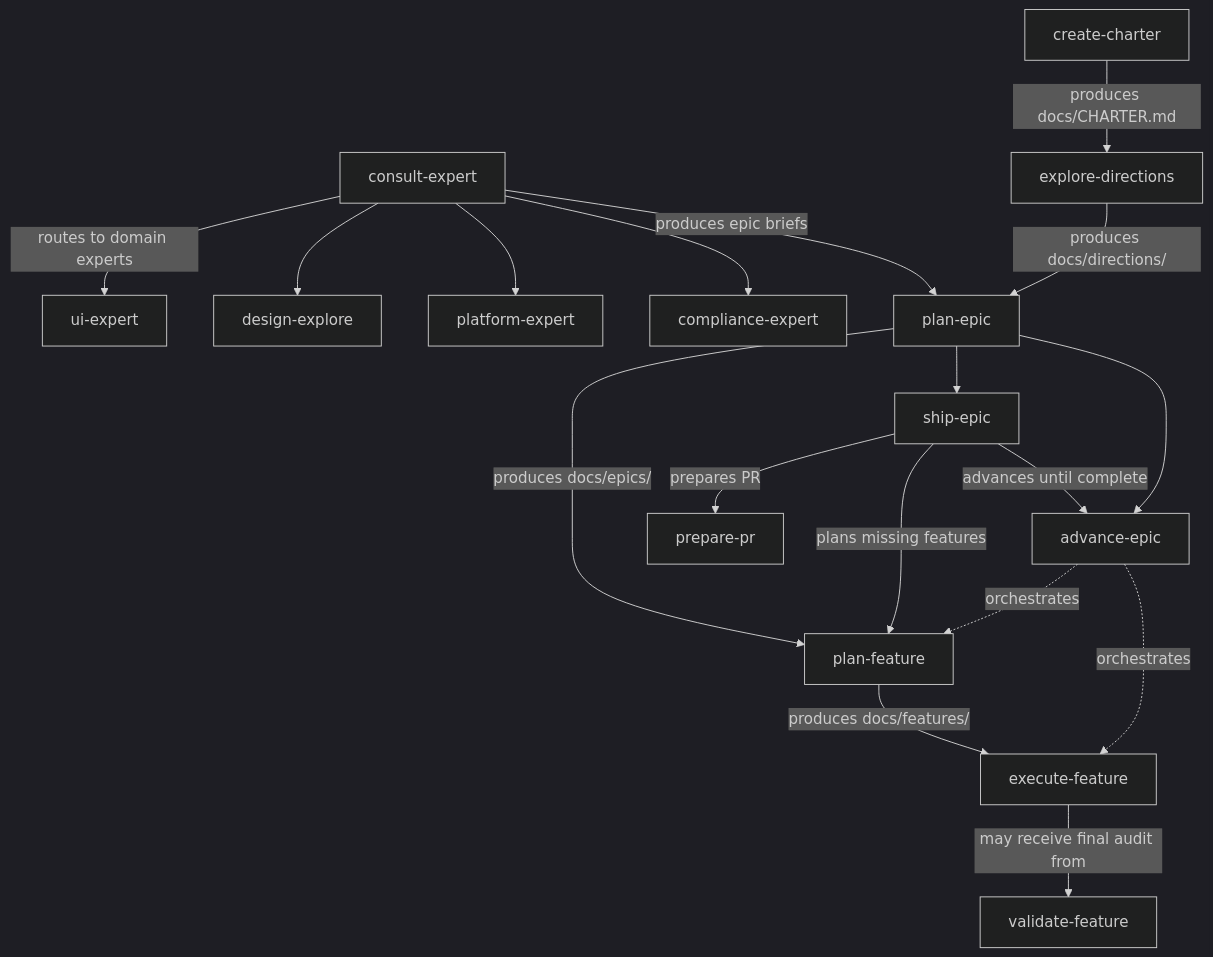
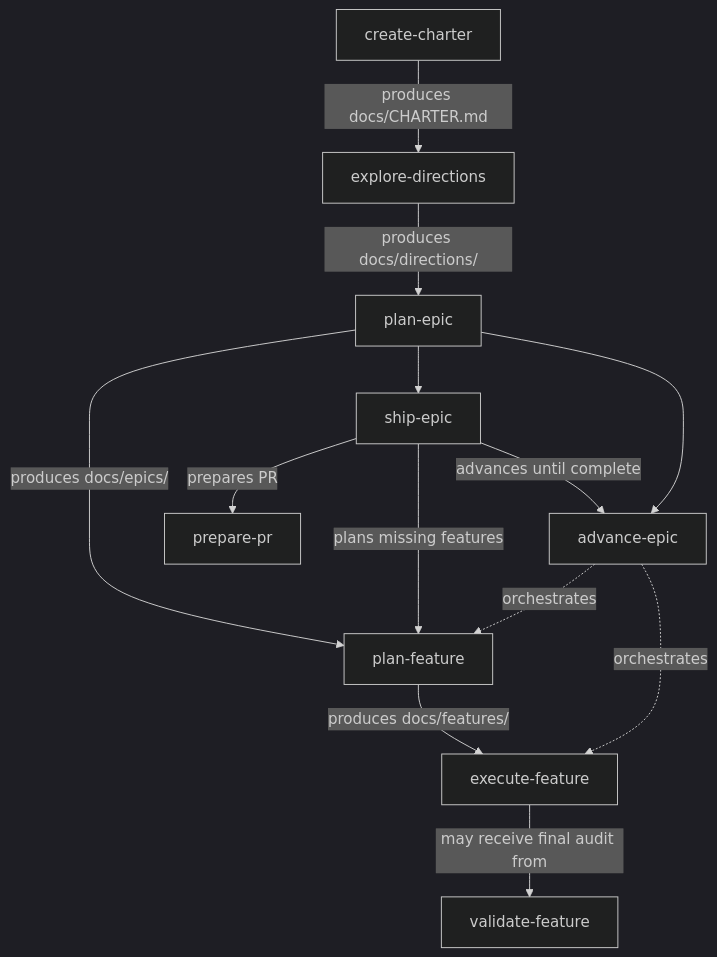
The second of 6 diagrams in README.md (pnewsam/skills), drawn with Mermaid (dark theme) before and after one commit. The commit also changed other lines of this file and 22 other files, not shown here.

````diff
--- a/README.md
+++ b/README.md
@@ -116,20 +116,15 @@
 ```mermaid
 flowchart TD
-    CE[consult-expert] -->|routes to domain experts| UE[ui-expert]
-    CE --> DE[design-explore]
-    CE --> PL[platform-expert]
-    CE --> CX[compliance-expert]
-    CE -->|produces epic briefs| PE
     CC[create-charter] -->|produces docs/CHARTER.md| ED[explore-directions]
     ED -->|produces docs/directions/| PE[plan-epic]
     PE -->|produces docs/epics/| PF[plan-feature]
     PE --> SP[ship-epic]
     SP -->|plans missing features| PF
     SP -->|advances until complete| AE
     SP -->|prepares PR| PPR[prepare-pr]
     PF -->|produces docs/features/| EF[execute-feature]
     EF -->|may receive final audit from| VF[validate-feature]
     PE --> AE[advance-epic]
     AE -.->|orchestrates| PF
     AE -.->|orchestrates| EF
 ```
````
